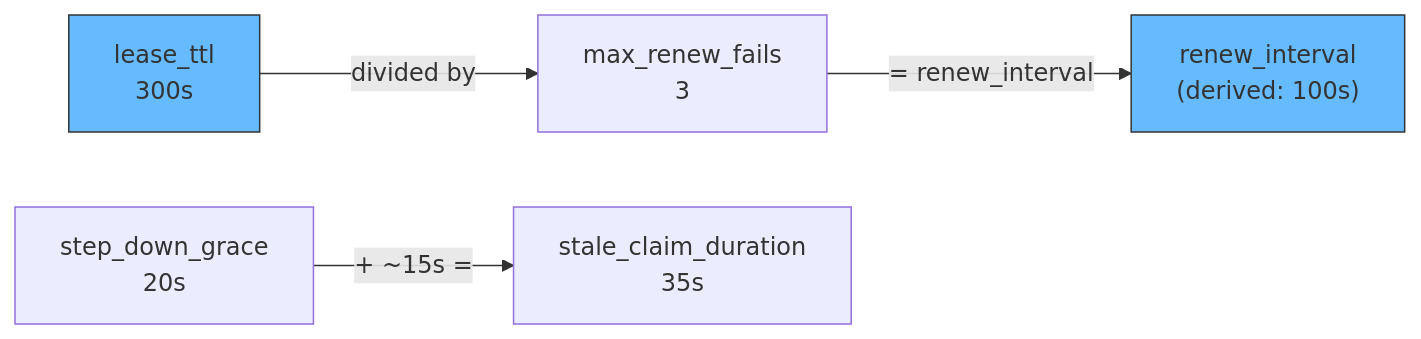
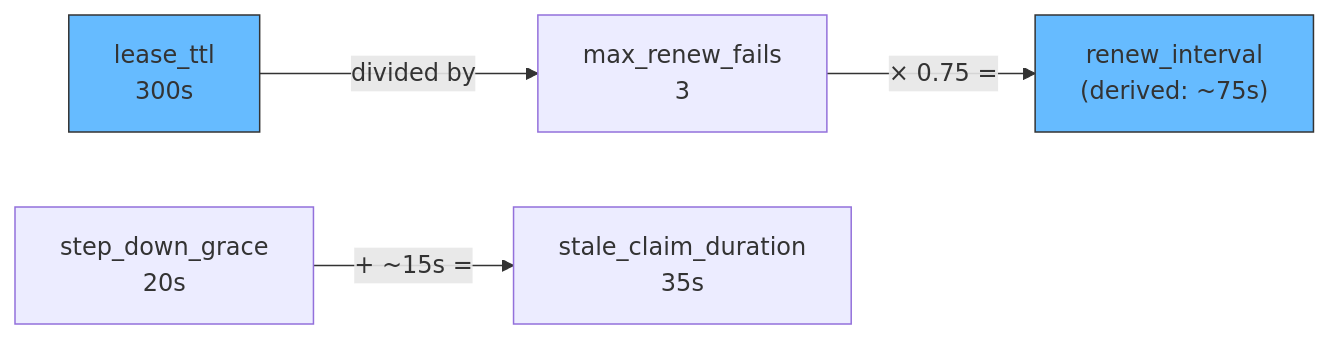
Before and after one commit to mariotoffia/gobridge: the third of 3 diagrams in docs/scenarios/08-clustered-exclusive-sessions.md, drawn with Mermaid. The commit also changed other lines of this file and 56 other files, not shown here.

````diff
--- a/docs/scenarios/08-clustered-exclusive-sessions.md
+++ b/docs/scenarios/08-clustered-exclusive-sessions.md
@@ -284,15 +296,15 @@
 ```mermaid
 flowchart LR
     TTL["lease_ttl\n300s"]
     MRF["max_renew_fails\n3"]
-    RI["renew_interval\n(derived: 100s)"]
+    RI["renew_interval\n(derived: ~75s)"]
     SDG["step_down_grace\n20s"]
     SCD["stale_claim_duration\n35s"]
 
     TTL -->|"divided by"| MRF
-    MRF -->|"= renew_interval"| RI
+    MRF -->|"× 0.75 ="| RI
     SDG -->|"+ ~15s ="| SCD
 
     style TTL fill:#6bf,stroke:#333
     style RI fill:#6bf,stroke:#333
 ```
````
